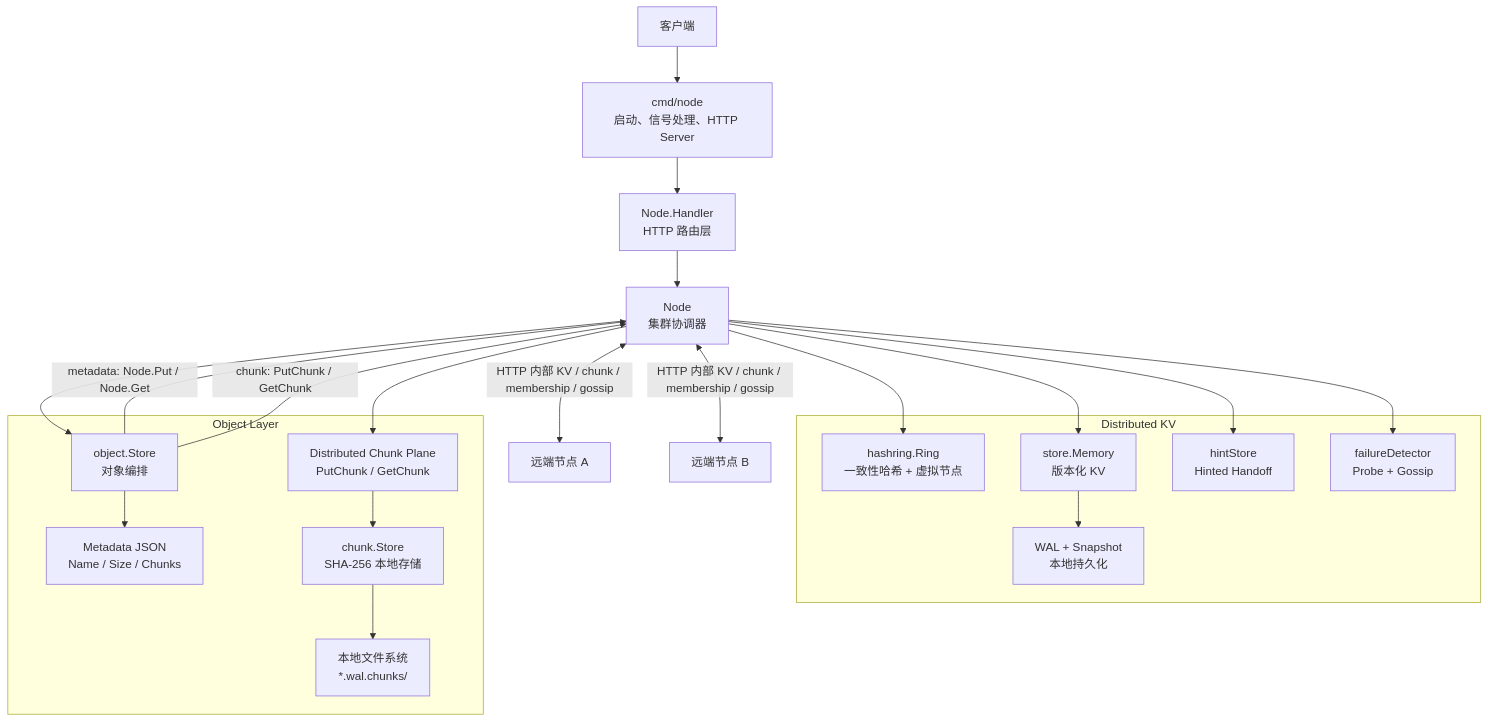
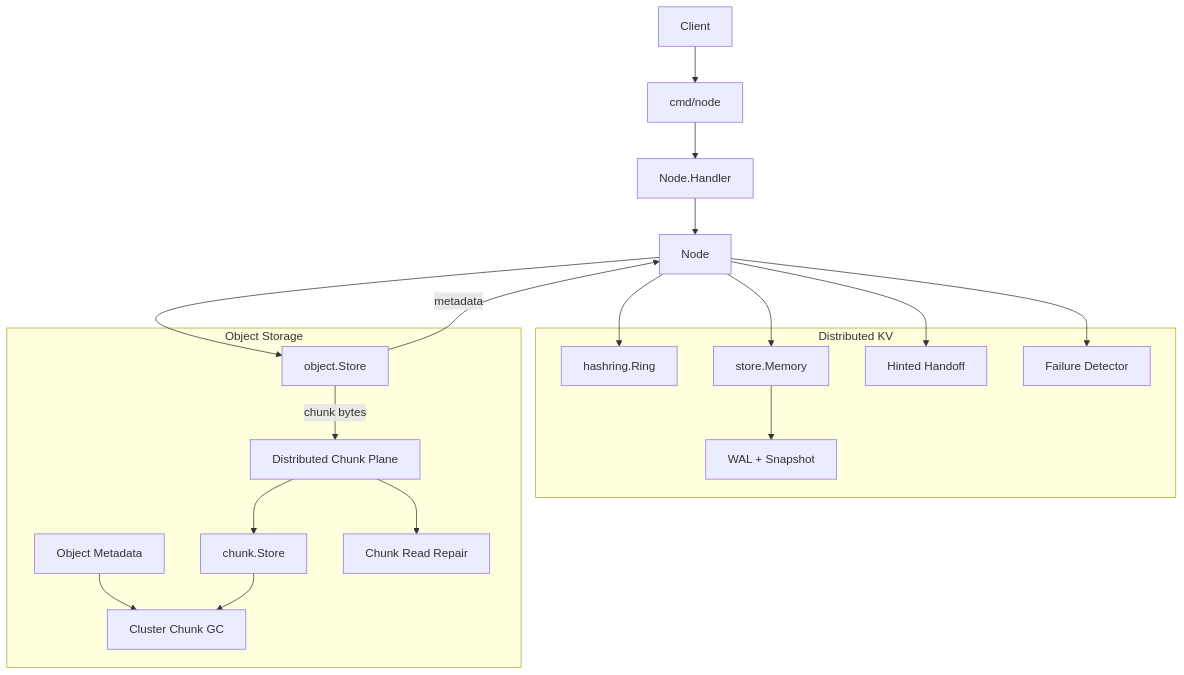
One commit to huanzichen00/minidist changed the first of 5 diagrams in ARCHITECTURE.md. Above: the diagram before and after it, drawn with Mermaid. The commit also changed other lines of this file and 1 other file, not shown here.

````diff
--- a/ARCHITECTURE.md
+++ b/ARCHITECTURE.md
@@ -7,44 +7,39 @@
-```mermaid
+~~~mermaid
 flowchart TB
-    Client[客户端]
-    Main[cmd/node\n启动、信号处理、HTTP Server]
-    Handler[Node.Handler\nHTTP 路由层]
-    Node[Node\n集群协调器]
+    Client[Client]
+    Main[cmd/node]
+    Handler[Node.Handler]
+    Node[Node]
 
     subgraph KV[Distributed KV]
-        Ring[hashring.Ring\n一致性哈希 + 虚拟节点]
-        Store[store.Memory\n版本化 KV]
-        WAL[WAL + Snapshot\n本地持久化]
-        Hints[hintStore\nHinted Handoff]
-        FD[failureDetector\nProbe + Gossip]
+        Ring[hashring.Ring]
+        Memory[store.Memory]
+        WAL[WAL + Snapshot]
+        Hint[Hinted Handoff]
+        FD[Failure Detector]
     end
 
-    subgraph Object[Object Layer]
-        ObjStore[object.Store\n对象编排]
-        Meta[Metadata JSON\nName / Size / Chunks]
-        ChunkPlane[Distributed Chunk Plane\nPutChunk / GetChunk]
-        ChunkStore[chunk.Store\nSHA-256 本地存储]
-        ChunkFS[本地文件系统\n*.wal.chunks/]
+    subgraph Object[Object Storage]
+        ObjectStore[object.Store]
+        Metadata[Object Metadata]
+        ChunkPlane[Distributed Chunk Plane]
+        ChunkStore[chunk.Store]
+        Repair[Chunk Read Repair]
+        GC[Cluster Chunk GC]
     end
-
-    Peer1[远端节点 A]
-    Peer2[远端节点 B]
 
     Client --> Main --> Handler --> Node
 
     Node --> Ring
-    Node --> Store
-    Store --> WAL
-    Node --> Hints
+    Node --> Memory --> WAL
+    Node --> Hint
     Node --> FD
 
-    Node --> ObjStore
-    ObjStore -->|metadata: Node.Put / Node.Get| Node
-    ObjStore --> Meta
-    ObjStore -->|chunk: PutChunk / GetChunk| Node
-    Node --> ChunkPlane
-    ChunkPlane --> ChunkStore --> ChunkFS
-
-    Node <-->|HTTP 内部 KV / chunk / membership / gossip| Peer1
-    Node <-->|HTTP 内部 KV / chunk / membership / gossip| Peer2
-```
+    Node --> ObjectStore
+    ObjectStore -->|metadata| Node
+    ObjectStore -->|chunk bytes| ChunkPlane
+    ChunkPlane --> ChunkStore
+    ChunkPlane --> Repair
+    Metadata --> GC
+    ChunkStore --> GC
+~~~
````
